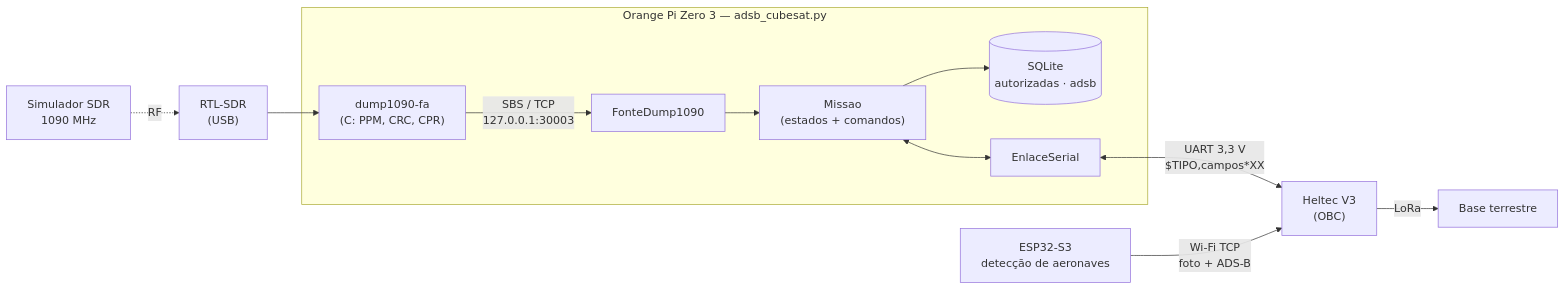
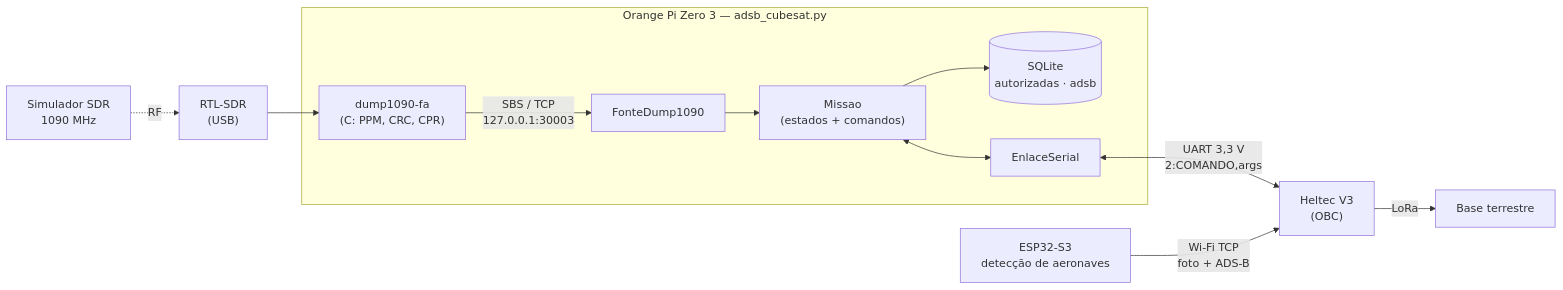
Before and after one commit to uerjsats/2026: the first of 3 diagrams in CubeDesign 2026/Missao/README.md, drawn with Mermaid. The commit also changed other lines of this file, not shown here.

````diff
--- a/CubeDesign 2026/Missao/README.md
+++ b/CubeDesign 2026/Missao/README.md
@@ -26,14 +28,14 @@
 ```mermaid
 flowchart LR
     SIM["Simulador SDR<br/>1090 MHz"] -.RF.-> SDR["RTL-SDR<br/>(USB)"]
     subgraph OP["Orange Pi Zero 3 — adsb_cubesat.py"]
         D["dump1090-fa<br/>(C: PPM, CRC, CPR)"] -- "SBS / TCP<br/>127.0.0.1:30003" --> F["FonteDump1090"]
         F --> M["Missao<br/>(estados + comandos)"]
         M --> DB[("SQLite<br/>autorizadas · adsb")]
         M <--> S["EnlaceSerial"]
     end
     SDR --> D
-    S <-- "UART 3,3 V<br/>$TIPO,campos*XX" --> OBC["Heltec V3<br/>(OBC)"]
+    S <-- "UART 3,3 V<br/>2:COMANDO,args" --> OBC["Heltec V3<br/>(OBC)"]
     ESP["ESP32-S3<br/>detecção de aeronaves"] -- "Wi-Fi TCP<br/>foto + ADS-B" --> OBC
     OBC -- "LoRa" --> BASE["Base terrestre"]
 ```
````
